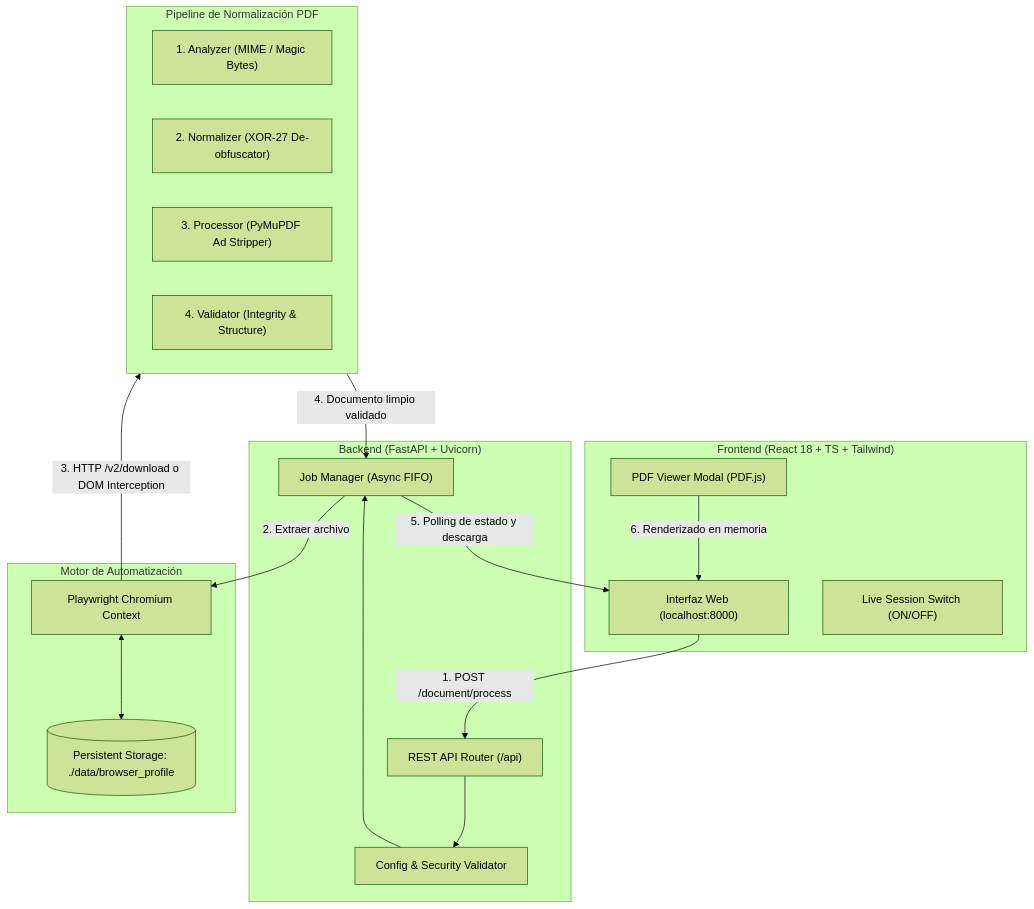
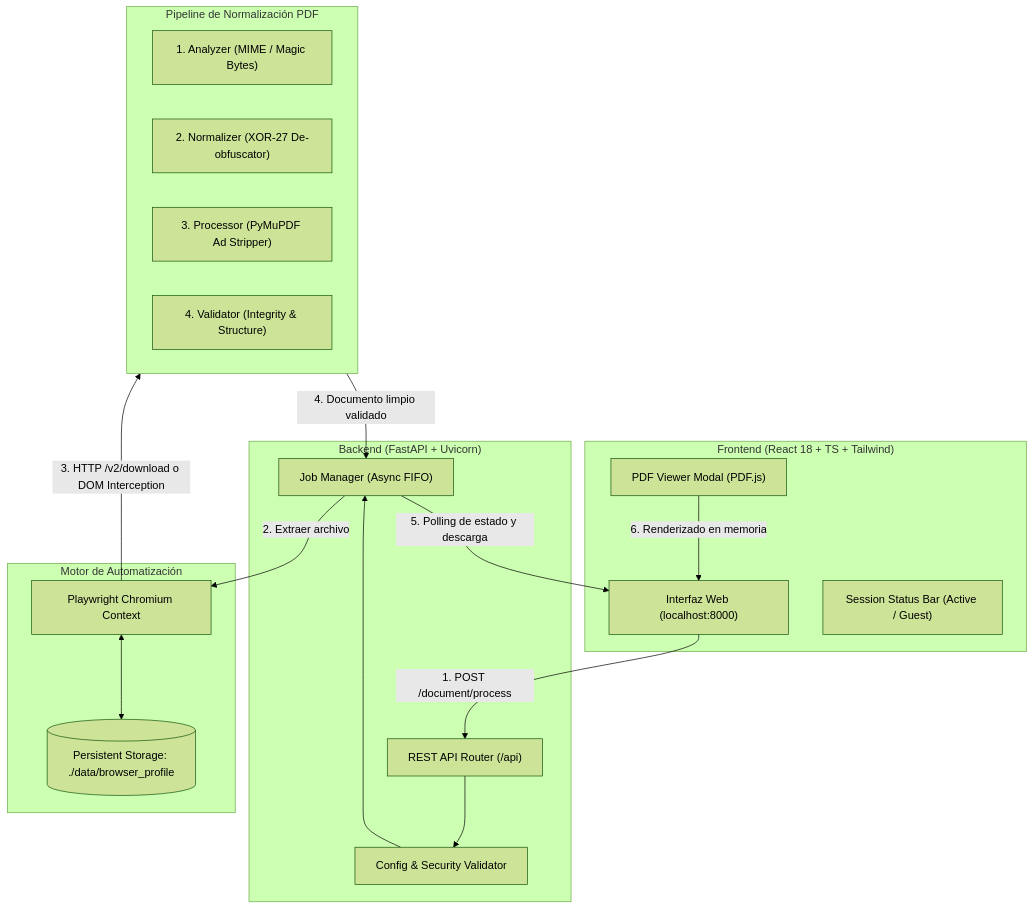
Before and after one commit to alvarofrancogs/academic-pdf-helper: the diagram in README.md, drawn with Mermaid (forest theme). The commit also changed other lines of this file, not shown here.

````diff
--- a/README.md
+++ b/README.md
@@ -83,36 +83,36 @@
 ```mermaid
 flowchart TD
     subgraph Frontend ["Frontend (React 18 + TS + Tailwind)"]
         UI["Interfaz Web (localhost:8000)"]
-        Switch["Live Session Switch (ON/OFF)"]
+        SessionBar["Session Status Bar (Active / Guest)"]
         Viewer["PDF Viewer Modal (PDF.js)"]
     end
 
     subgraph Backend ["Backend (FastAPI + Uvicorn)"]
         API["REST API Router (/api)"]
         JobMgr["Job Manager (Async FIFO)"]
         Config["Config & Security Validator"]
     end
 
     subgraph BrowserEngine ["Motor de Automatización"]
         PW["Playwright Chromium Context"]
         Profile[("Persistent Storage: ./data/browser_profile")]
     end
 
     subgraph Pipeline ["Pipeline de Normalización PDF"]
         Analyzer["1. Analyzer (MIME / Magic Bytes)"]
         Normalizer["2. Normalizer (XOR-27 De-obfuscator)"]
         Processor["3. Processor (PyMuPDF Ad Stripper)"]
         Validator["4. Validator (Integrity & Structure)"]
     end
 
     UI -->|"1. POST /document/process"| API
     API --> Config
     Config --> JobMgr
     JobMgr -->|"2. Extraer archivo"| PW
     PW <--> Profile
     PW -->|"3. HTTP /v2/download o DOM Interception"| Pipeline
     Pipeline -->|"4. Documento limpio validado"| JobMgr
     JobMgr -->|"5. Polling de estado y descarga"| UI
     Viewer -->|"6. Renderizado en memoria"| UI
 ```
````
